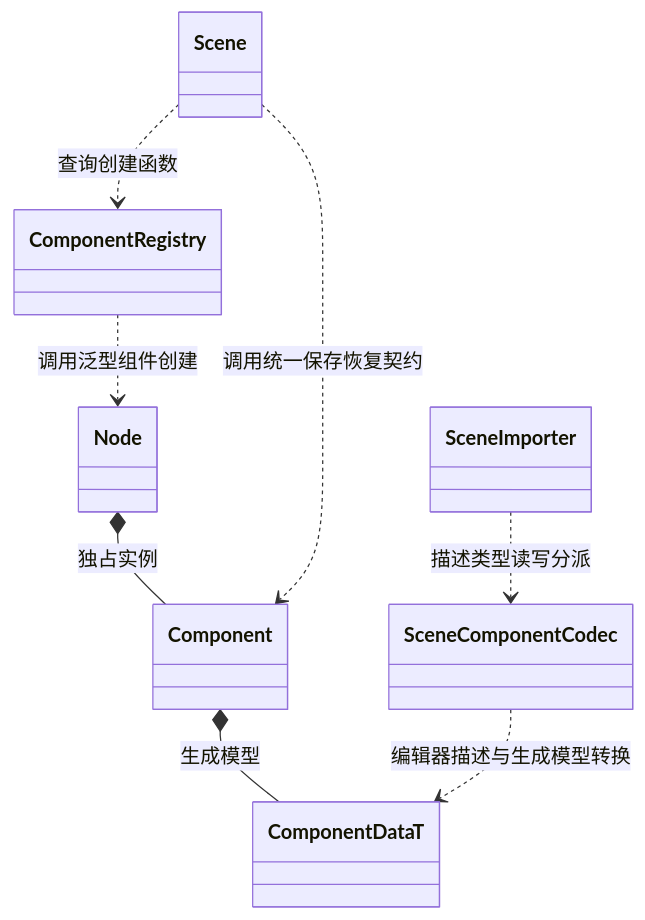
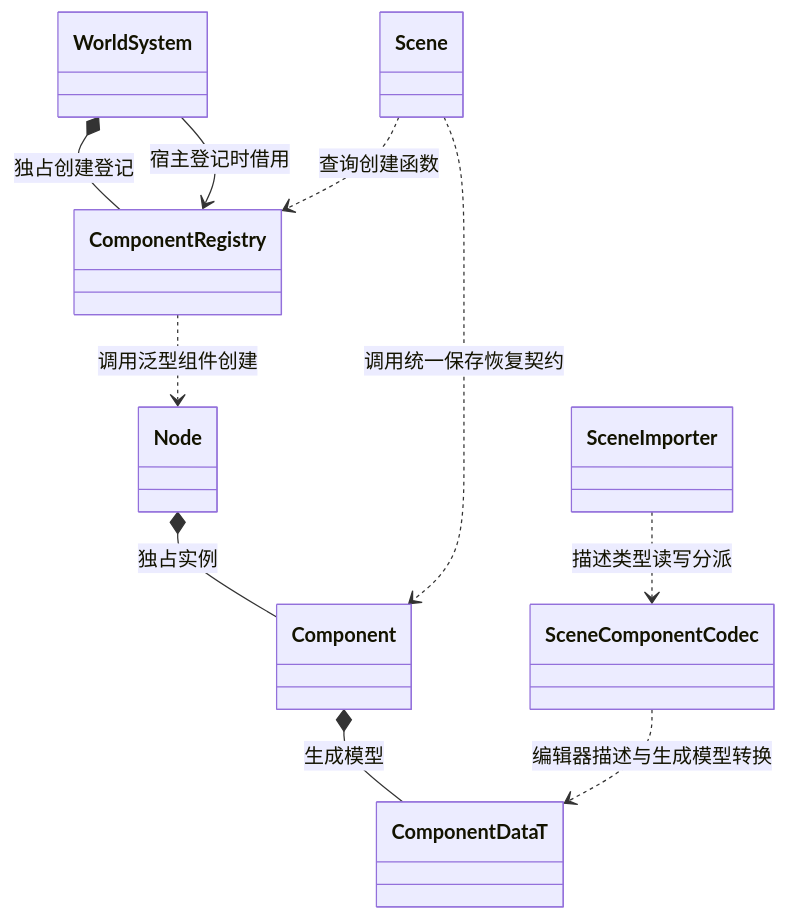
One commit to lcals/Engine changed diagram 20 of 34 in docs/class-diagrams/references.md. Above: the diagram before and after it, drawn with Mermaid. The commit also changed other lines of this file and 213 other files, not shown here.

````diff
--- a/docs/class-diagrams/references.md
+++ b/docs/class-diagrams/references.md
@@ -584,17 +586,20 @@
 ```mermaid
 classDiagram
     class Scene
     class Node
     class Component
     class ComponentRegistry
     class SceneImporter
     class SceneComponentCodec
     class ComponentDataT
+    class WorldSystem
+    WorldSystem *-- ComponentRegistry : 独占创建登记
+    WorldSystem --> ComponentRegistry : 宿主登记时借用
     Scene ..> ComponentRegistry : 查询创建函数
     ComponentRegistry ..> Node : 调用泛型组件创建
     Node *-- Component : 独占实例
     Scene ..> Component : 调用统一保存恢复契约
     Component *-- ComponentDataT : 生成模型
     SceneImporter ..> SceneComponentCodec : 描述类型读写分派
     SceneComponentCodec ..> ComponentDataT : 编辑器描述与生成模型转换
 ```
````
